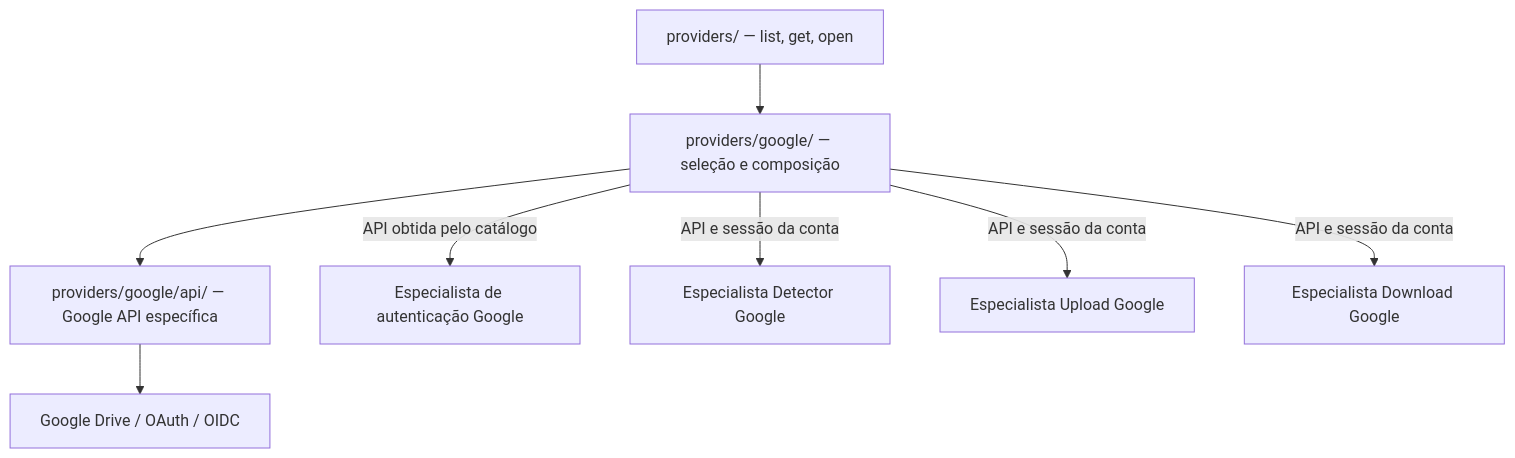
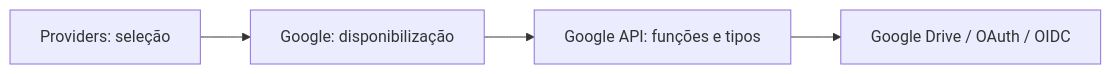
The diagram in docs/engine/providers/google/README.md (rafatosta/drivesync), drawn with Mermaid before and after one commit. The commit also changed other lines of this file, not shown here.

Commit message:
docs(providers): narrow external API provider responsibilities (google/README.md)

````diff
--- a/docs/engine/providers/google/README.md
+++ b/docs/engine/providers/google/README.md
@@ -33,18 +26,6 @@
 ```mermaid
-flowchart TB
-    P["providers/ — list, get, open"]
-    G["providers/google/ — seleção e composição"]
-    API["providers/google/api/ — Google API específica"]
-    EXT["Google Drive / OAuth / OIDC"]
-    ACC["Especialista de autenticação Google"]
-    DET["Especialista Detector Google"]
-    UP["Especialista Upload Google"]
-    DW["Especialista Download Google"]
-    P --> G
-    G --> API
-    API --> EXT
-    G -->|"API obtida pelo catálogo"| ACC
-    G -->|"API e sessão da conta"| DET
-    G -->|"API e sessão da conta"| UP
-    G -->|"API e sessão da conta"| DW
+flowchart LR
+    P["Providers: seleção"] --> G["Google: disponibilização"]
+    G --> API["Google API: funções e tipos"]
+    API --> EXT["Google Drive / OAuth / OIDC"]
 ```
````
